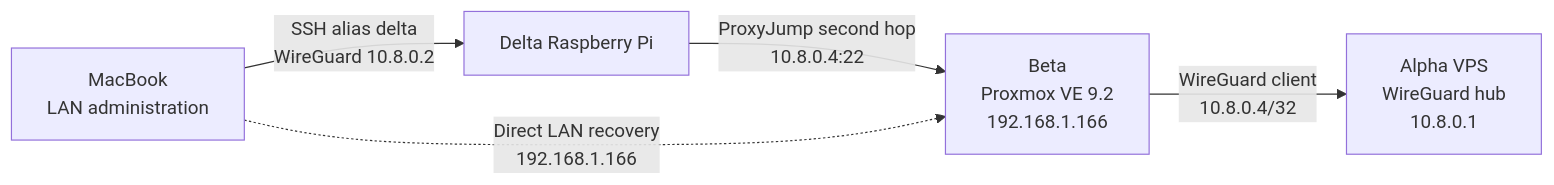
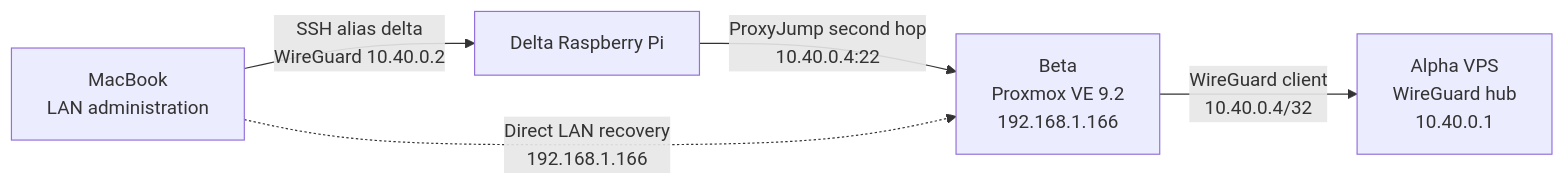
Before and after one commit to Manuel0516/zero-five-handbook: the diagram in content/docs/laptop-beta/index.mdx, drawn with Mermaid. The commit also changed other lines of this file and 52 other files, not shown here.

Commit message:
Document 10.40 WireGuard mesh migration

````diff
--- a/content/docs/laptop-beta/index.mdx
+++ b/content/docs/laptop-beta/index.mdx
@@ -13,11 +13,11 @@
 ```mermaid
 flowchart LR
     mac["MacBook<br/>LAN administration"]
     beta["Beta<br/>Proxmox VE 9.2<br/>192.168.1.166"]
-    alpha["Alpha VPS<br/>WireGuard hub<br/>10.8.0.1"]
+    alpha["Alpha VPS<br/>WireGuard hub<br/>10.40.0.1"]
 
-    mac -->|"SSH alias delta<br/>WireGuard 10.8.0.2"| delta["Delta Raspberry Pi"]
-    delta -->|"ProxyJump second hop<br/>10.8.0.4:22"| beta
-    beta -->|"WireGuard client<br/>10.8.0.4/32"| alpha
+    mac -->|"SSH alias delta<br/>WireGuard 10.40.0.2"| delta["Delta Raspberry Pi"]
+    delta -->|"ProxyJump second hop<br/>10.40.0.4:22"| beta
+    beta -->|"WireGuard client<br/>10.40.0.4/32"| alpha
     mac -. "Direct LAN recovery<br/>192.168.1.166" .-> beta
 ```
````
